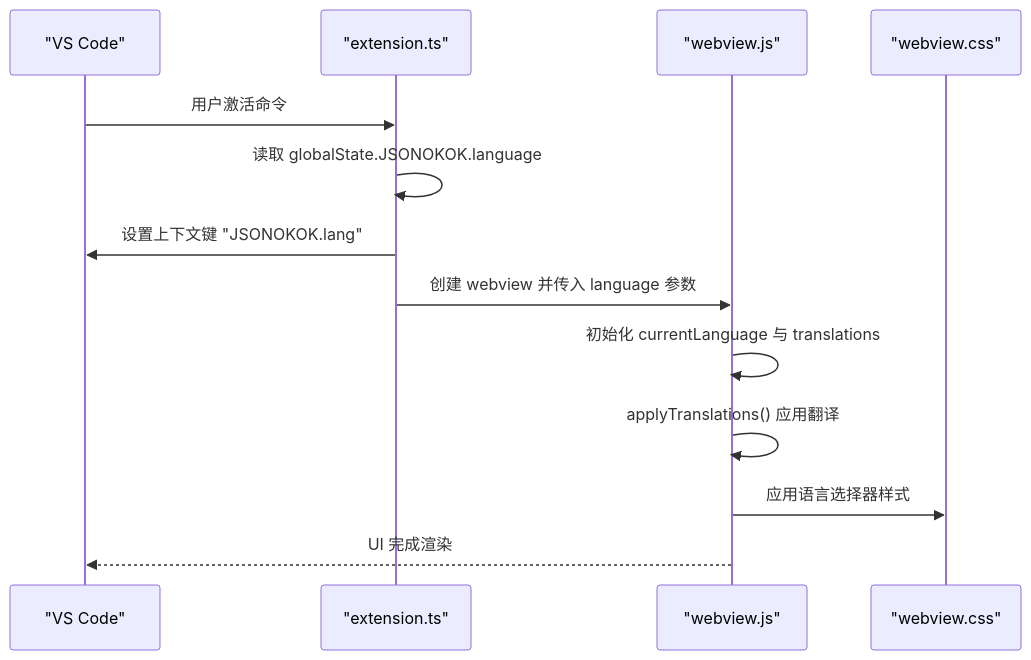
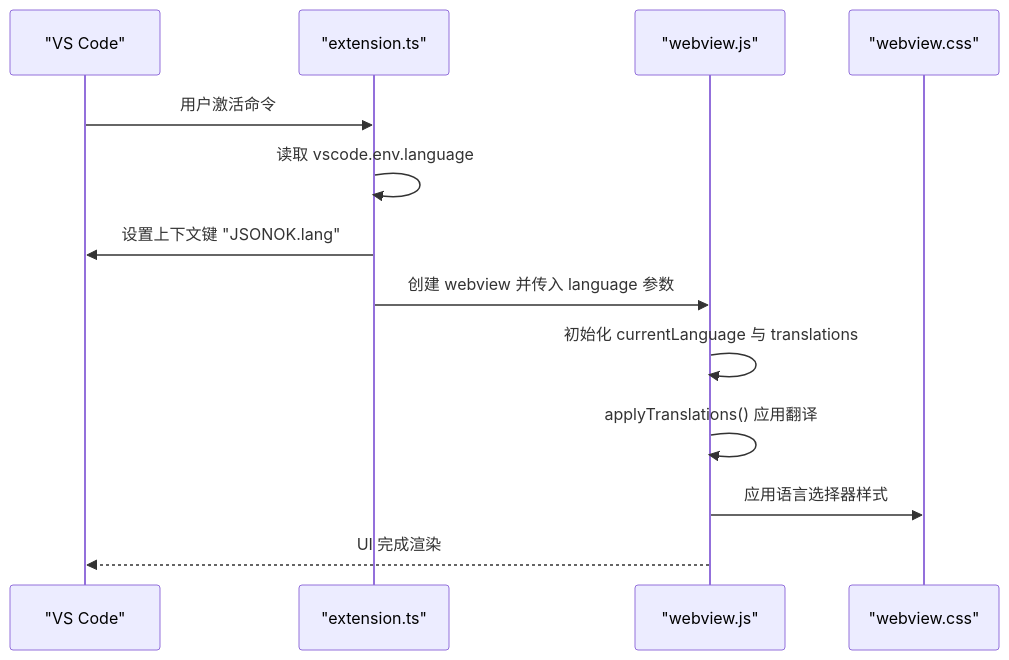
The second of 7 diagrams in .qoder/repowiki/zh/content/Webview 界面系统/国际化支持.md (meiok1/wysjson), drawn with Mermaid before and after one commit. The commit also changed other lines of this file and 45 other files, not shown here.

````diff
--- a/.qoder/repowiki/zh/content/Webview 界面系统/国际化支持.md
+++ b/.qoder/repowiki/zh/content/Webview 界面系统/国际化支持.md
@@ -88,15 +88,15 @@
 ```mermaid
 sequenceDiagram
 participant VS as "VS Code"
 participant Ext as "extension.ts"
 participant WV as "webview.js"
 participant CSS as "webview.css"
 VS->>Ext : 用户激活命令
-Ext->>Ext : 读取 globalState.JSONOKOK.language
-Ext->>VS : 设置上下文键 "JSONOKOK.lang"
+Ext->>Ext : 读取 vscode.env.language
+Ext->>VS : 设置上下文键 "JSONOK.lang"
 Ext->>WV : 创建 webview 并传入 language 参数
 WV->>WV : 初始化 currentLanguage 与 translations
 WV->>WV : applyTranslations() 应用翻译
 WV->>CSS : 应用语言选择器样式
 WV-->>VS : UI 完成渲染
 ```
````
